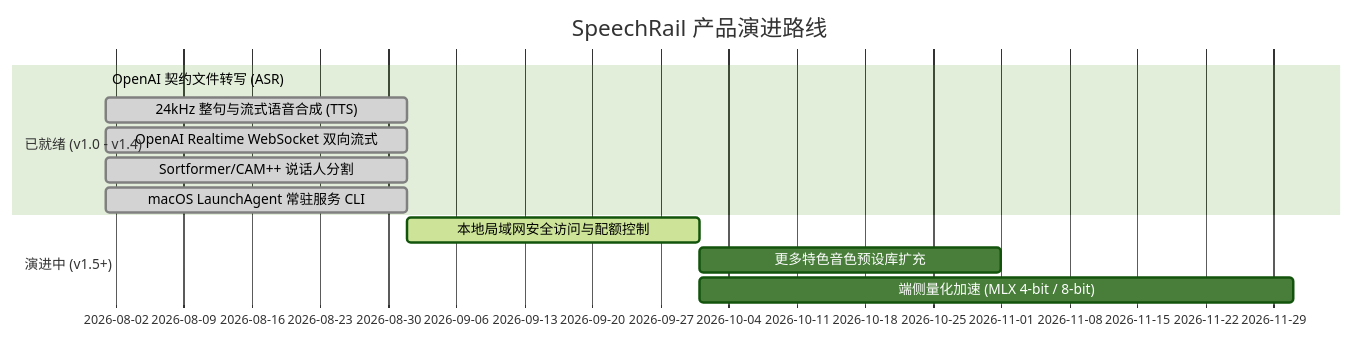
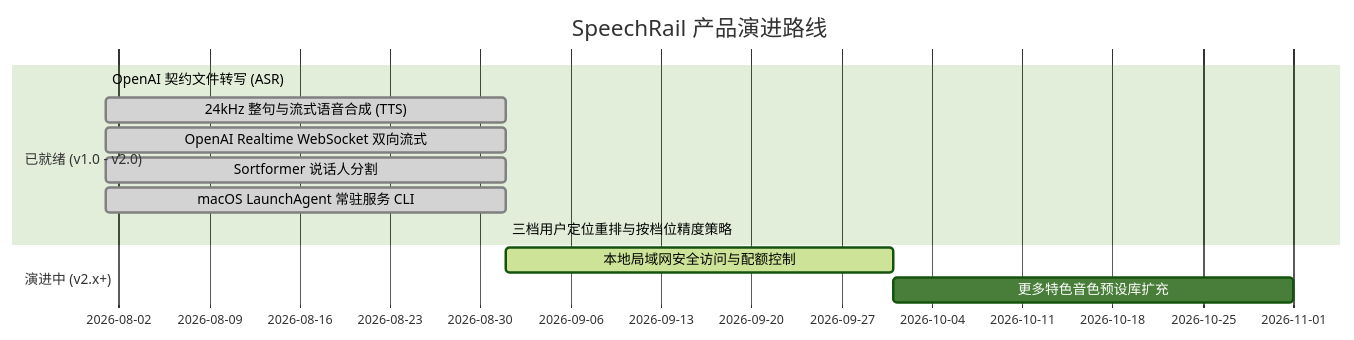
One commit to hrygo/SpeechRail changed the fourth of 4 diagrams in docs/product/overview.md. Above: the diagram before and after it, drawn with Mermaid (forest theme). The commit also changed other lines of this file and 17 other files, not shown here.

````diff
--- a/docs/product/overview.md
+++ b/docs/product/overview.md
@@ -148,15 +167,15 @@
 ```mermaid
 gantt
     title SpeechRail 产品演进路线
     dateFormat  YYYY-MM
-    section 已就绪 (v1.0 - v1.4)
+    section 已就绪 (v1.0 - v2.0)
     OpenAI 契约文件转写 (ASR)           :done, a1, 2026-08, 2026-08
     24kHz 整句与流式语音合成 (TTS)      :done, a2, 2026-08, 2026-09
     OpenAI Realtime WebSocket 双向流式  :done, a3, 2026-08, 2026-09
-    Sortformer/CAM++ 说话人分割        :done, a4, 2026-08, 2026-09
+    Sortformer 说话人分割               :done, a4, 2026-08, 2026-09
     macOS LaunchAgent 常驻服务 CLI       :done, a5, 2026-08, 2026-09
-    section 演进中 (v1.5+)
+    三档用户定位重排与按档位精度策略      :done, a6, 2026-09, 2026-09
+    section 演进中 (v2.x+)
     本地局域网安全访问与配额控制          :active, b1, 2026-09, 2026-10
     更多特色音色预设库扩充              :b2, 2026-10, 2026-11
-    端侧量化加速 (MLX 4-bit / 8-bit)    :b3, 2026-10, 2026-12
 ```
````
